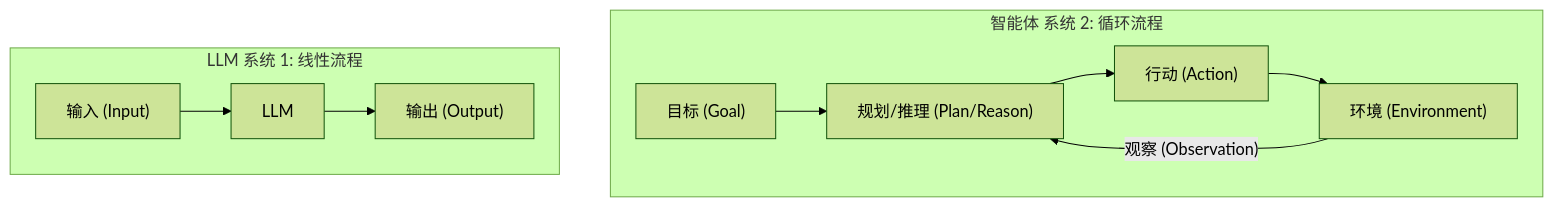
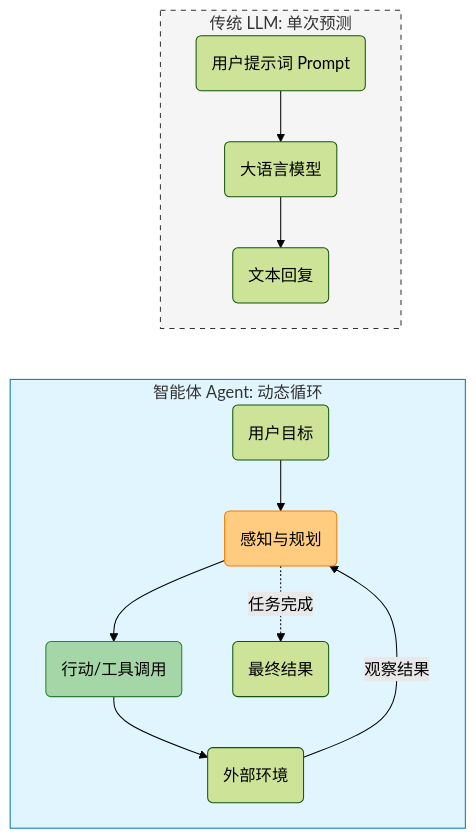
The diagram in 01_paradigm/1.1_shift.md (yeasy/agentic_ai_guide), drawn with Mermaid (forest theme) before and after one commit. The commit also changed other lines of this file and 1 other file, not shown here.

````diff
--- a/01_paradigm/1.1_shift.md
+++ b/01_paradigm/1.1_shift.md
@@ -11,17 +11,24 @@
 ```mermaid
-graph LR
-    subgraph LLM_Flow["LLM 系统 1: 线性流程"]
-        Input["输入 (Input)"] --> LLM["LLM"]
-        LLM --> Output["输出 (Output)"]
+graph TD
+    subgraph Traditional_LLM [传统 LLM: 单次预测]
+        Input(用户提示词 Prompt) --> Model(大语言模型)
+        Model --> Output(文本回复)
     end
 
-    subgraph Agent_Flow["智能体 系统 2: 循环流程"]
-        Goal["目标 (Goal)"] --> Plan["规划/推理 (Plan/Reason)"]
-        Plan --> Action["行动 (Action)"]
-        Action --> Environment["环境 (Environment)"]
-        Environment -->|"观察 (Observation)"| Plan
+    subgraph Agentic_AI [智能体 Agent: 动态循环]
+        Goal(用户目标) --> Plan(感知与规划)
+        Plan --> Action(行动/工具调用)
+        Action --> Env(外部环境)
+        Env -- 观察结果 --> Plan
+        Plan -. 任务完成 .-> Result(最终结果)
     end
-    
-    %% Force LLM_Flow to be on the left of Agent_Flow
+
+    %% 样式美化
+    style Traditional_LLM fill:#f5f5f5,stroke:#333,stroke-dasharray: 5 5
+    style Agentic_AI fill:#e1f5fe,stroke:#0277bd
+    style Plan fill:#ffcc80,stroke:#f57c00
+    style Action fill:#a5d6a7,stroke:#2e7d32
+
+    %% 强制布局：Traditional LLM (Output) 在上，Agentic AI (Goal) 在下
     Output ~~~ Goal
 ```
````
